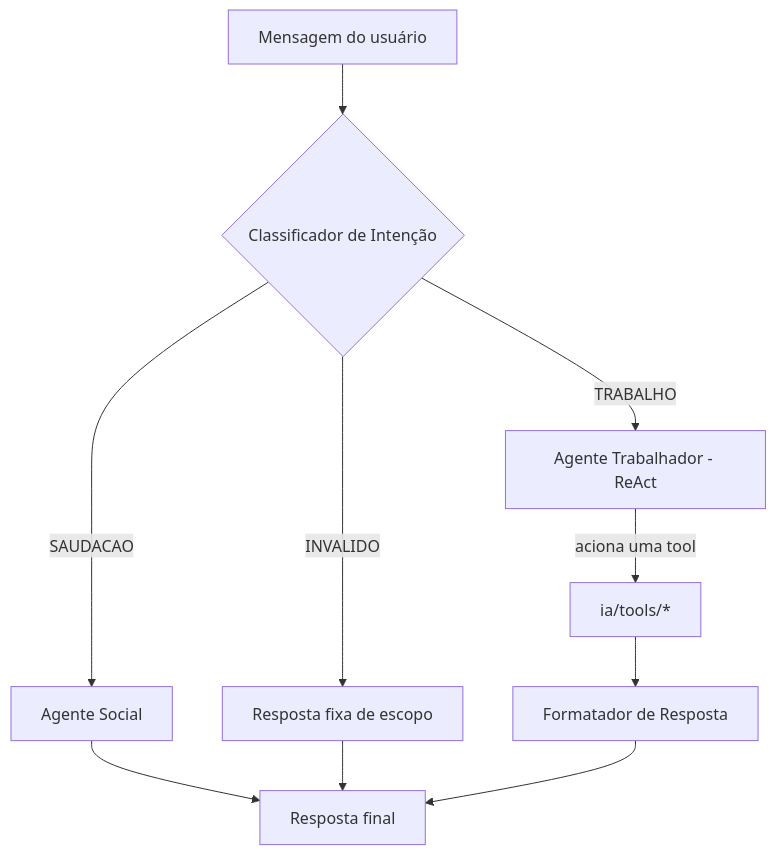
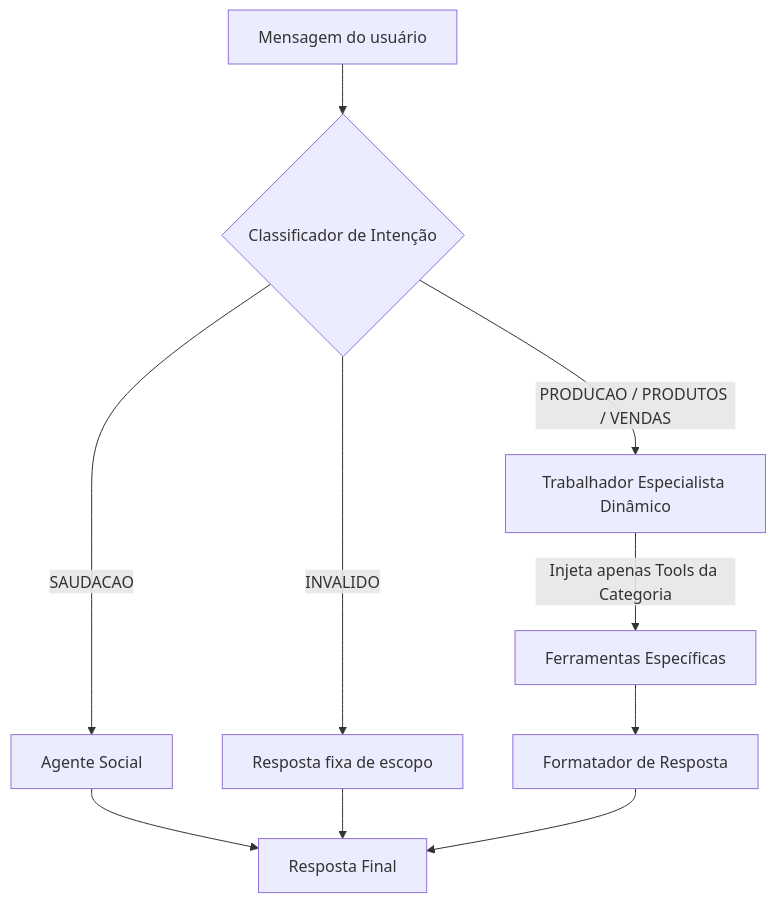
The second of 2 diagrams in docs/cliente/tecnico/Arquitetura.md (mvlsouza/api-1-semestre-2026-test), drawn with Mermaid before and after one commit. The commit also changed other lines of this file and 6 other files, not shown here.

````diff
--- a/docs/cliente/tecnico/Arquitetura.md
+++ b/docs/cliente/tecnico/Arquitetura.md
@@ -116,12 +98,12 @@
 ```mermaid
 flowchart TD
     U[Mensagem do usuário] --> C{Classificador de Intenção}
     C -->|SAUDACAO| S[Agente Social]
     C -->|INVALIDO| I[Resposta fixa de escopo]
-    C -->|TRABALHO| T[Agente Trabalhador - ReAct]
-    T -->|aciona uma tool| TOOLS[ia/tools/*]
+    C -->|PRODUCAO / PRODUTOS / VENDAS| T[Trabalhador Especialista Dinâmico]
+    T -->|Injeta apenas Tools da Categoria| TOOLS[Ferramentas Específicas]
     TOOLS --> F[Formatador de Resposta]
-    S --> OUT[Resposta final]
+    S --> OUT[Resposta Final]
     I --> OUT
     F --> OUT
 ```
````
